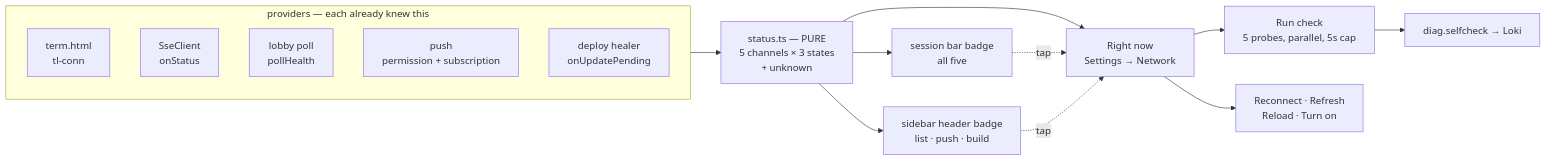
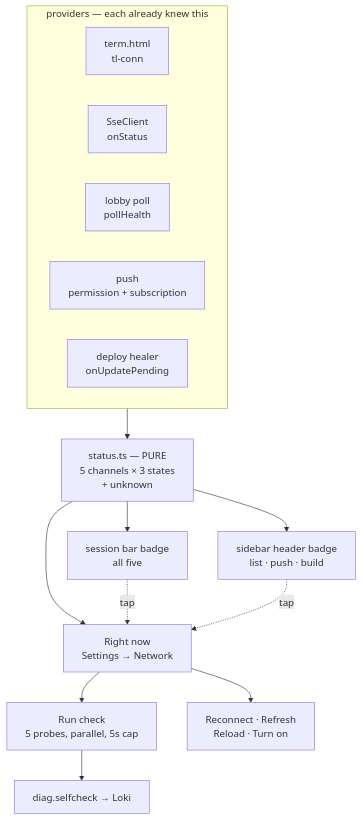
One commit to ViktorBarzin/terminal-lobby changed the diagram in docs/plans/2026-09-01-connection-status-design.md. Above: the diagram before and after it, drawn with Mermaid. The commit also changed other lines of this file, not shown here.

First line of the commit message:
docs: tone pass on the connection-status design, and a diagram that fits a phone

````diff
--- a/docs/plans/2026-09-01-connection-status-design.md
+++ b/docs/plans/2026-09-01-connection-status-design.md
@@ -31,19 +39,19 @@
 ```mermaid
-flowchart LR
+flowchart TD
   subgraph P["providers — each already knew this"]
     T["term.html<br/>tl-conn"]
     S["SseClient<br/>onStatus"]
     L["lobby poll<br/>pollHealth"]
     N["push<br/>permission + subscription"]
     B["deploy healer<br/>onUpdatePending"]
   end
   P --> M["status.ts — PURE<br/>5 channels × 3 states<br/>+ unknown"]
   M --> B1["session bar badge<br/>all five"]
   M --> B2["sidebar header badge<br/>list · push · build"]
   M --> PANEL["Right now<br/>Settings → Network"]
+  B1 -.tap.-> PANEL
+  B2 -.tap.-> PANEL
   PANEL --> CHK["Run check<br/>5 probes, parallel, 5s cap"]
   PANEL --> FIX["Reconnect · Refresh<br/>Reload · Turn on"]
   CHK --> LOKI["diag.selfcheck → Loki"]
-  B1 -.tap.-> PANEL
-  B2 -.tap.-> PANEL
 ```
````
